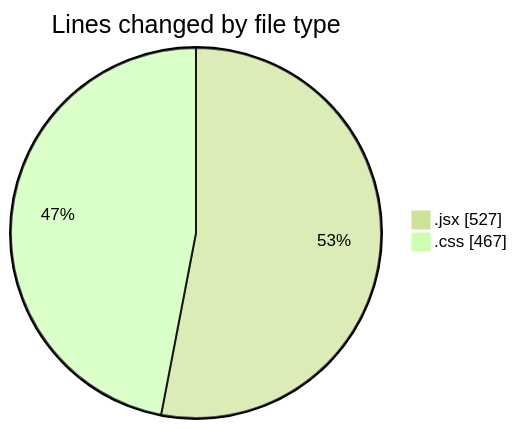
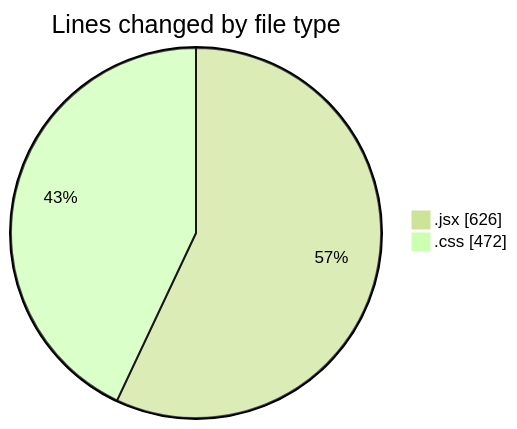
The first of 2 diagrams in 2025-05-08/recipe-app/README.md (BS-eng2023/code-tracking), drawn with Mermaid (forest theme) before and after one commit. The commit also changed other lines of this file and 1 other file, not shown here.

````diff
--- a/2025-05-08/recipe-app/README.md
+++ b/2025-05-08/recipe-app/README.md
@@ -23,6 +24,6 @@
 ```mermaid
 pie showData
 title Lines changed by file type
-".jsx" : 527
-".css" : 467
+".jsx" : 626
+".css" : 472
 ```
````
